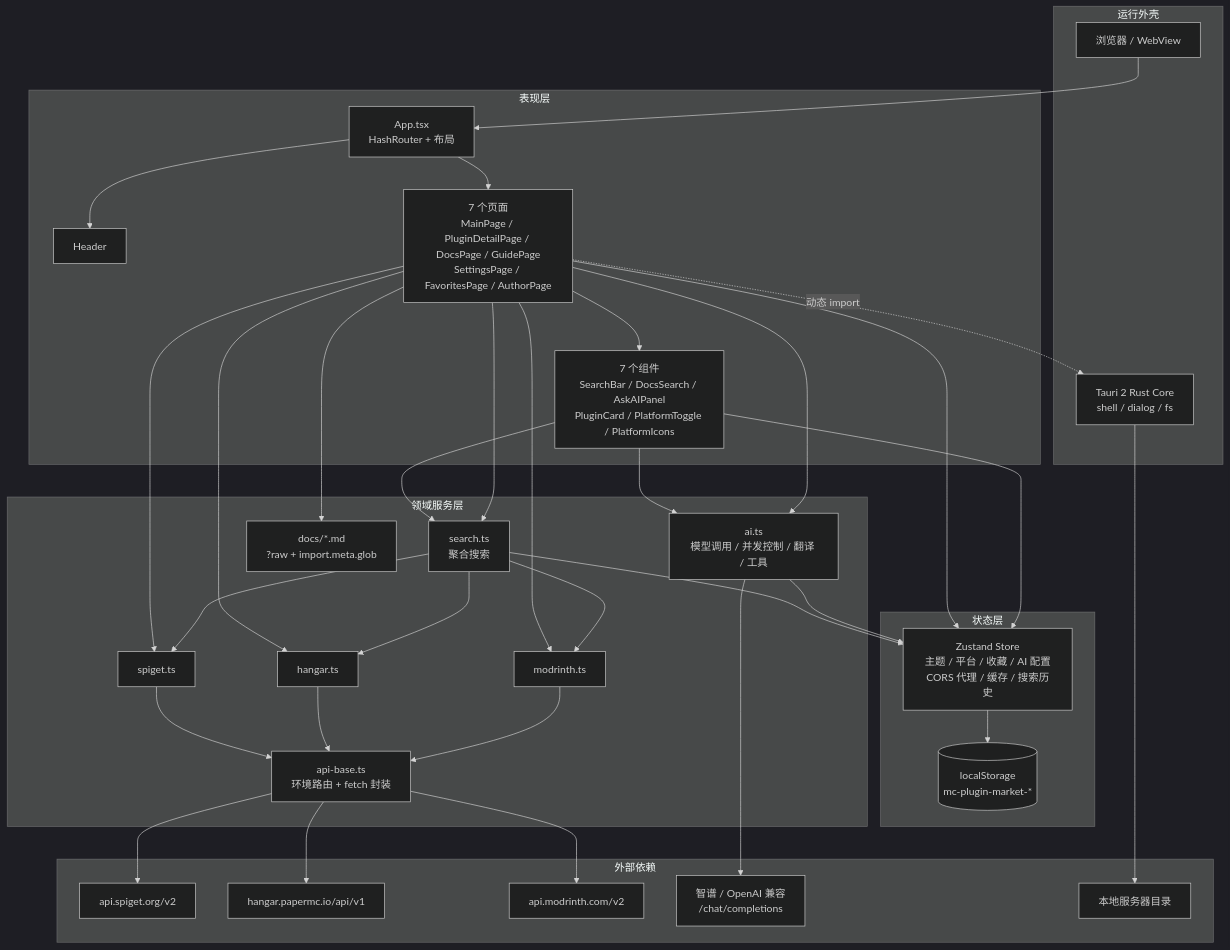
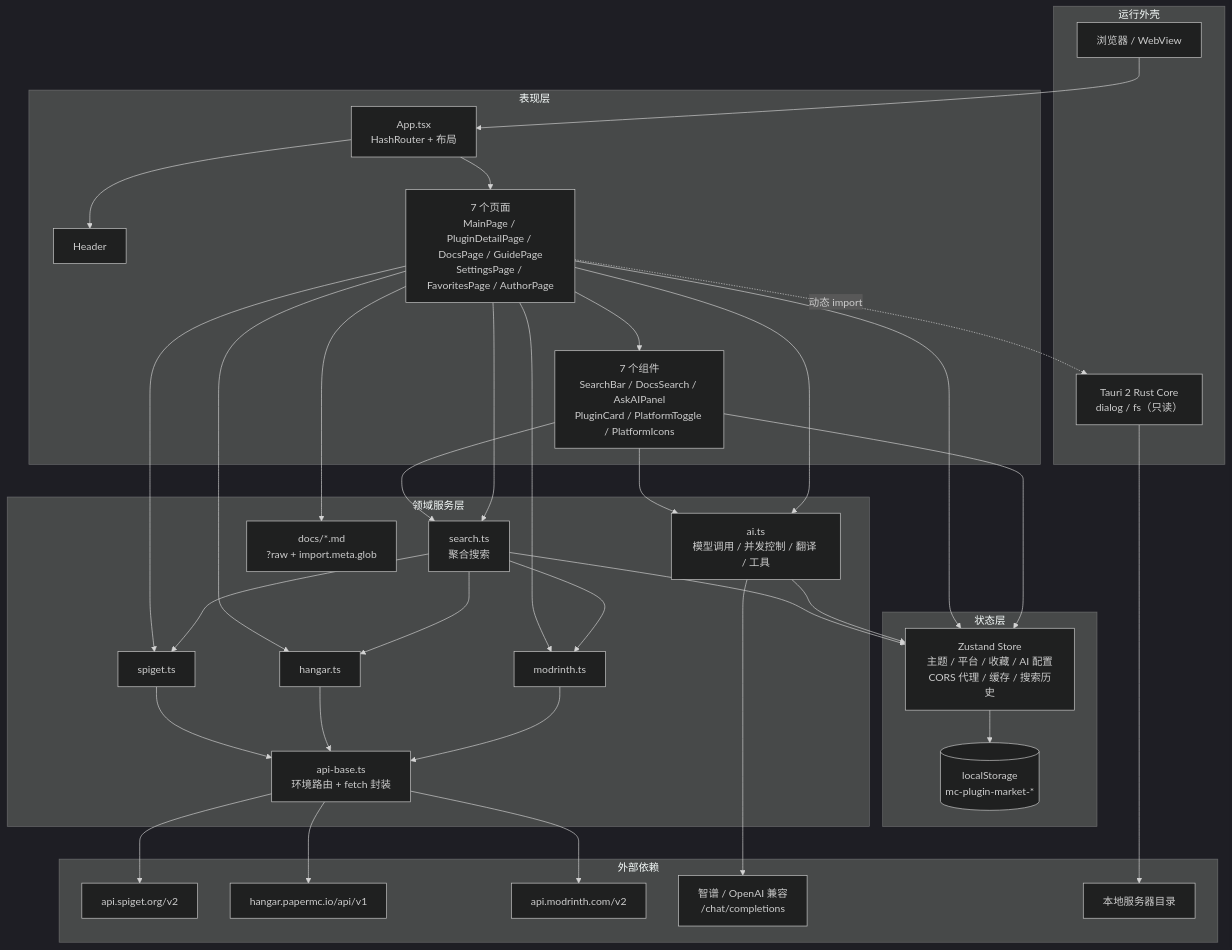
The first of 3 diagrams in docs/code-wiki/01-architecture.md (okouiko/pluginmarket), drawn with Mermaid (dark theme) before and after one commit. The commit also changed other lines of this file and 39 other files, not shown here.

````diff
--- a/docs/code-wiki/01-architecture.md
+++ b/docs/code-wiki/01-architecture.md
@@ -25,67 +25,67 @@
 ```mermaid
 flowchart TB
     subgraph Shell["运行外壳"]
         Browser["浏览器 / WebView"]
-        Tauri["Tauri 2 Rust Core<br/>shell / dialog / fs"]
+        Tauri["Tauri 2 Rust Core<br/>dialog / fs（只读）"]
     end
 
     subgraph UI["表现层"]
         App["App.tsx<br/>HashRouter + 布局"]
         Header["Header"]
         Pages["7 个页面<br/>MainPage / PluginDetailPage / DocsPage / GuidePage<br/>SettingsPage / FavoritesPage / AuthorPage"]
         Components["7 个组件<br/>SearchBar / DocsSearch / AskAIPanel<br/>PluginCard / PlatformToggle / PlatformIcons"]
     end
 
     subgraph State["状态层"]
         Store["Zustand Store<br/>主题 / 平台 / 收藏 / AI 配置<br/>CORS 代理 / 缓存 / 搜索历史"]
         LS[("localStorage<br/>mc-plugin-market-*")]
     end
 
     subgraph Domain["领域服务层"]
         Search["search.ts<br/>聚合搜索"]
         Spiget["spiget.ts"]
         Hangar["hangar.ts"]
         Modrinth["modrinth.ts"]
         ApiBase["api-base.ts<br/>环境路由 + fetch 封装"]
         AI["ai.ts<br/>模型调用 / 并发控制 / 翻译 / 工具"]
         Docs["docs/*.md<br/>?raw + import.meta.glob"]
     end
 
     subgraph External["外部依赖"]
         SpigetAPI["api.spiget.org/v2"]
         HangarAPI["hangar.papermc.io/api/v1"]
         ModrinthAPI["api.modrinth.com/v2"]
         LLM["智谱 / OpenAI 兼容<br/>/chat/completions"]
         FS["本地服务器目录"]
     end
 
     Browser --> App
     App --> Header
     App --> Pages
     Pages --> Components
     Pages --> Store
     Components --> Store
     Components --> Search
     Components --> AI
     Pages --> Search
     Pages --> Spiget
     Pages --> Hangar
     Pages --> Modrinth
     Pages --> AI
     Pages --> Docs
     Search --> Store
     Search --> Spiget
     Search --> Hangar
     Search --> Modrinth
     Spiget --> ApiBase
     Hangar --> ApiBase
     Modrinth --> ApiBase
     AI --> Store
     Store --> LS
     ApiBase --> SpigetAPI
     ApiBase --> HangarAPI
     ApiBase --> ModrinthAPI
     AI --> LLM
     Tauri --> FS
     Pages -.->|"动态 import"| Tauri
 ```
````
